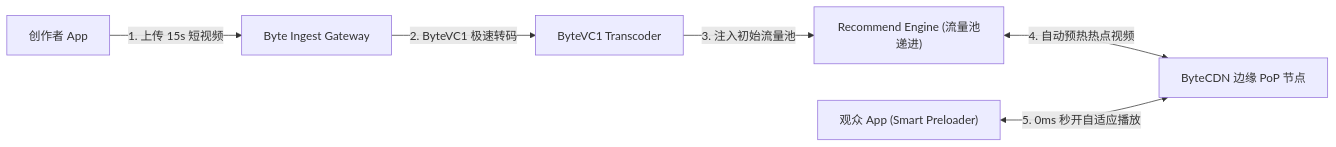
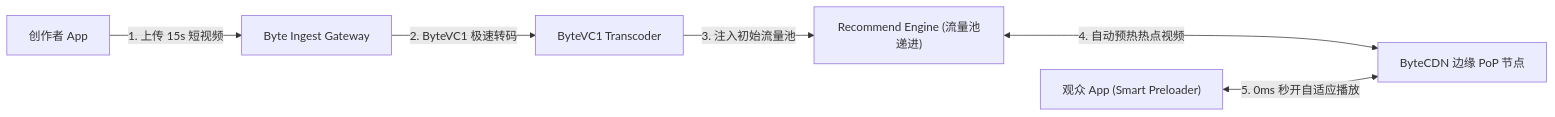
One commit to koosai/AI-Architect-Learning changed the third of 6 diagrams in docs/atlas/tiktok.mdx. Above: the diagram before and after it, drawn with Mermaid. The commit also changed other lines of this file and 68 other files, not shown here.

Commit message:
fix(atlas): fix browser client-side Mermaid rendering for mindmaps and flowcharts across 67 case studies

````diff
--- a/docs/atlas/tiktok.mdx
+++ b/docs/atlas/tiktok.mdx
@@ -115,8 +115,8 @@
 ```mermaid
 graph LR
   Creator["创作者 App"] -->|1. 上传 15s 短视频| IngestGateway["Byte Ingest Gateway"]
   IngestGateway -->|2. ByteVC1 极速转码| Transcoder["ByteVC1 Transcoder"]
   Transcoder -->|3. 注入初始流量池| RecEngine["Recommend Engine (流量池递进)"]
-  RecEngine <-->|4. 自动预热热点视频| ByteCDN["ByteCDN 边缘 PoP 节点"]
+  RecEngine <--->|4. 自动预热热点视频| ByteCDN["ByteCDN 边缘 PoP 节点"]
   Viewer["观众 App (Smart Preloader)"] <-->|5. 0ms 秒开自适应播放| ByteCDN
 ```
````
